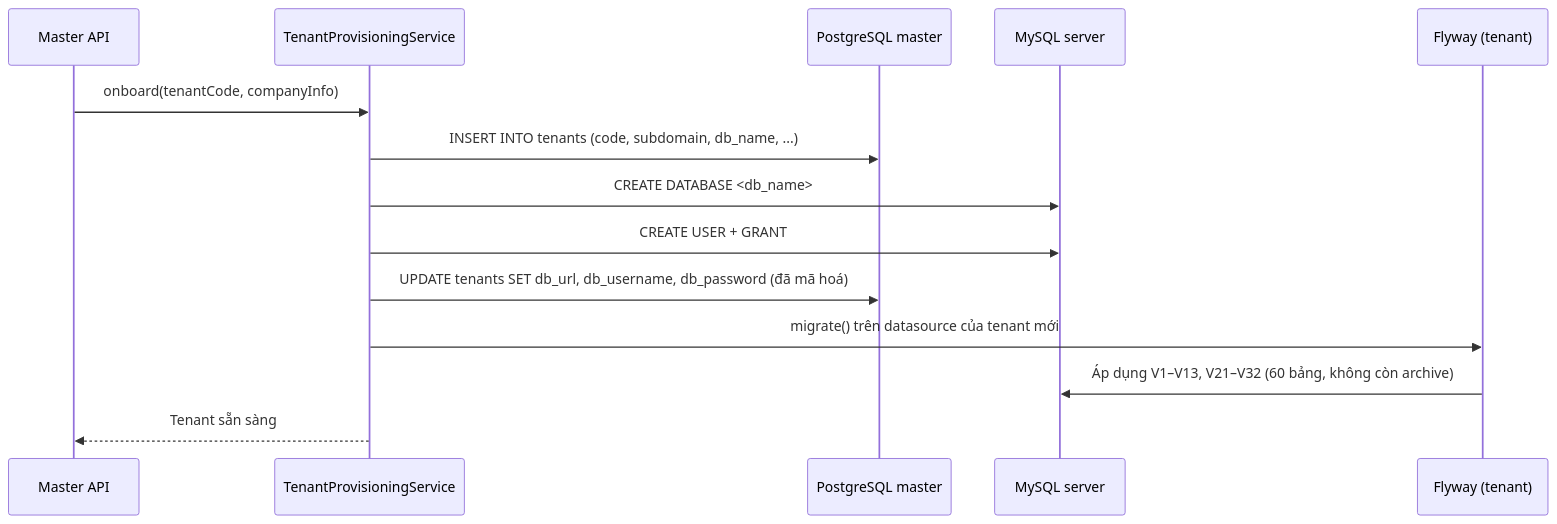
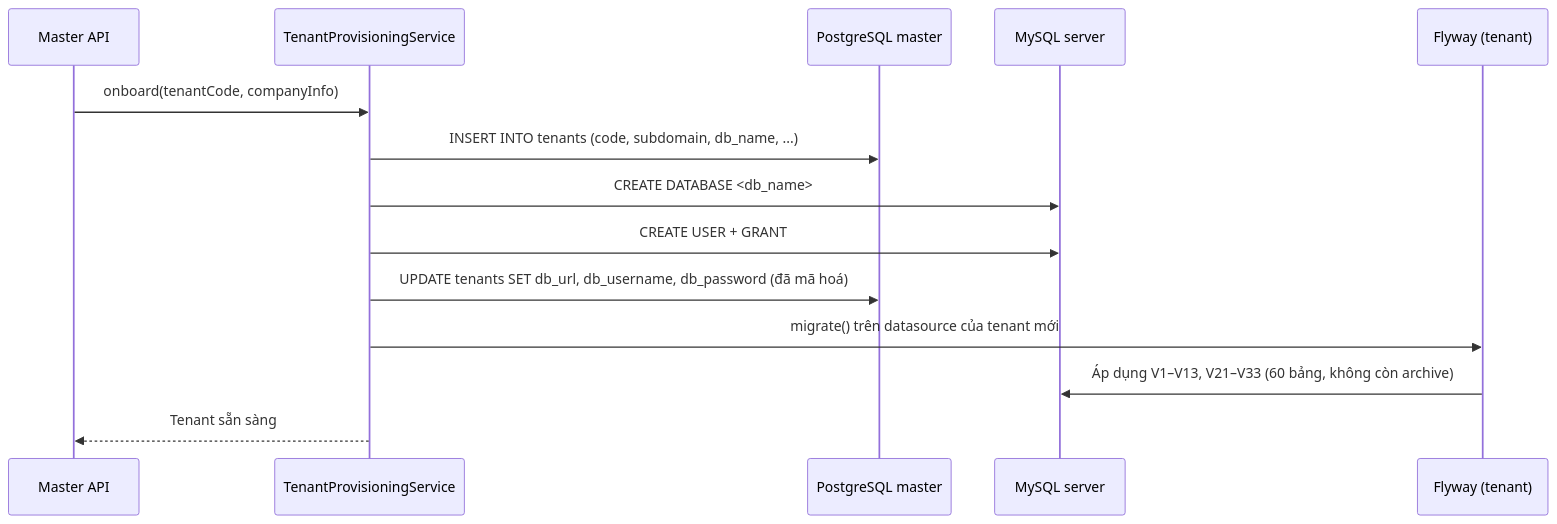
One commit to hieupnh12/SmartHire-AI changed diagram 11 of 11 in docs/database/README.md. Above: the diagram before and after it, drawn with Mermaid. The commit also changed other lines of this file and 23 other files, not shown here.

````diff
--- a/docs/database/README.md
+++ b/docs/database/README.md
@@ -1075,17 +1079,17 @@
 ```mermaid
 sequenceDiagram
     participant API as Master API
     participant PRV as TenantProvisioningService
     participant PG as PostgreSQL master
     participant MY as MySQL server
     participant FW as Flyway (tenant)
 
     API->>PRV: onboard(tenantCode, companyInfo)
     PRV->>PG: INSERT INTO tenants (code, subdomain, db_name, ...)
     PRV->>MY: CREATE DATABASE <db_name>
     PRV->>MY: CREATE USER + GRANT
     PRV->>PG: UPDATE tenants SET db_url, db_username, db_password (đã mã hoá)
     PRV->>FW: migrate() trên datasource của tenant mới
-    FW->>MY: Áp dụng V1–V13, V21–V32 (60 bảng, không còn archive)
+    FW->>MY: Áp dụng V1–V13, V21–V33 (60 bảng, không còn archive)
     PRV-->>API: Tenant sẵn sàng
 ```
````
